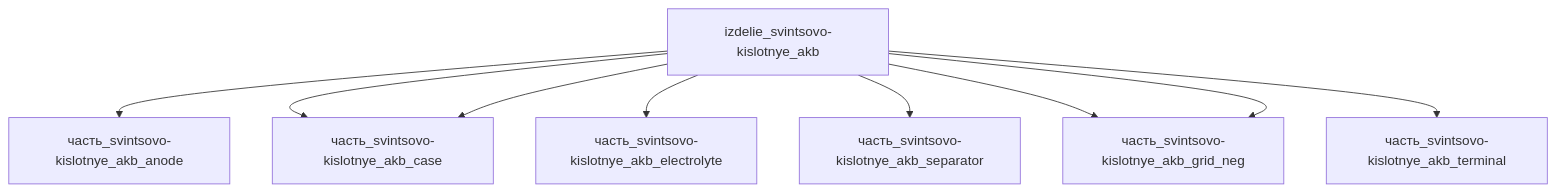
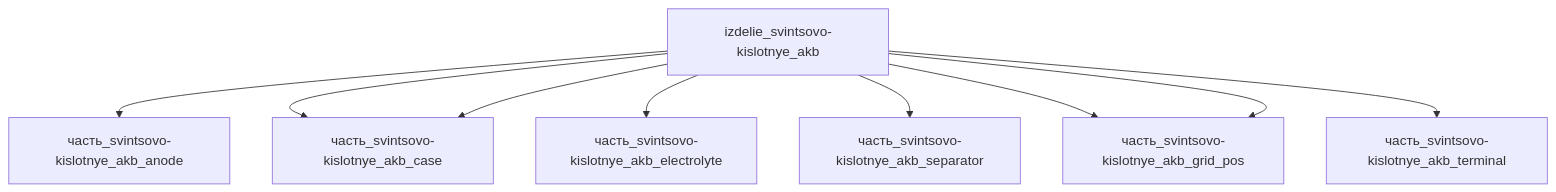
The diagram in реальные данные/изделия/энергетическая/svintsovo-kislotnye_akb/_index.md (a-m-e-n-t-e-t/SkyNet), drawn with Mermaid before and after one commit. The commit also changed other lines of this file and 79 other files, not shown here.

````diff
--- a/реальные данные/изделия/энергетическая/svintsovo-kislotnye_akb/_index.md
+++ b/реальные данные/изделия/энергетическая/svintsovo-kislotnye_akb/_index.md
@@ -121,20 +120,19 @@
 ```mermaid
 graph TD
     svintsovo-kislotnye_["izdelie_svintsovo-kislotnye_akb"]
     svintsovo-kislotnye_akb_a["часть_svintsovo-kislotnye_akb_anode"]
     svintsovo-kislotnye_ --> svintsovo-kislotnye_akb_a
     svintsovo-kislotnye_akb_c["часть_svintsovo-kislotnye_akb_cathode"]
     svintsovo-kislotnye_ --> svintsovo-kislotnye_akb_c
     svintsovo-kislotnye_akb_e["часть_svintsovo-kislotnye_akb_electrolyte"]
     svintsovo-kislotnye_ --> svintsovo-kislotnye_akb_e
     svintsovo-kislotnye_akb_s["часть_svintsovo-kislotnye_akb_separator"]
     svintsovo-kislotnye_ --> svintsovo-kislotnye_akb_s
     svintsovo-kislotnye_akb_g["часть_svintsovo-kislotnye_akb_grid_pos"]
     svintsovo-kislotnye_ --> svintsovo-kislotnye_akb_g
-    svintsovo-kislotnye_akb_g["часть_svintsovo-kislotnye_akb_grid_neg"]
     svintsovo-kislotnye_ --> svintsovo-kislotnye_akb_g
     svintsovo-kislotnye_akb_c["часть_svintsovo-kislotnye_akb_case"]
     svintsovo-kislotnye_ --> svintsovo-kislotnye_akb_c
     svintsovo-kislotnye_akb_t["часть_svintsovo-kislotnye_akb_terminal"]
     svintsovo-kislotnye_ --> svintsovo-kislotnye_akb_t
 ```
````
